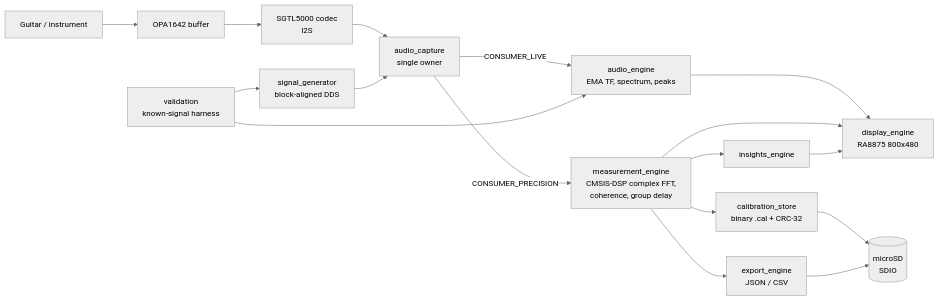
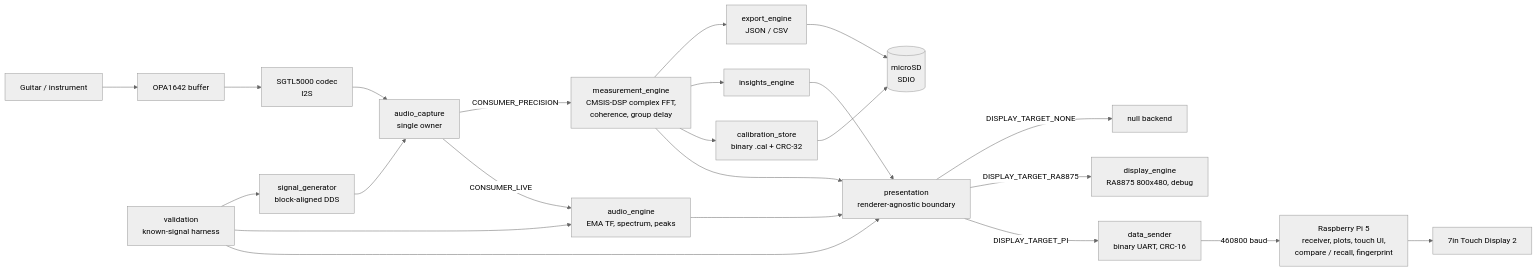
Before and after one commit to conley-vidal-eng-goat/guitar_rig_analyzer: the diagram in README.md, drawn with Mermaid (neutral theme). The commit also changed other lines of this file and 37 other files, not shown here.

````diff
--- a/README.md
+++ b/README.md
@@ -40,19 +50,25 @@
 ```mermaid
 flowchart LR
     Inst[Guitar / instrument] --> Buf[OPA1642 buffer]
     Buf --> Codec[SGTL5000 codec\nI2S]
     Codec --> Cap[audio_capture\nsingle owner]
     Cap -- CONSUMER_LIVE --> Eng[audio_engine\nEMA TF, spectrum, peaks]
     Cap -- CONSUMER_PRECISION --> Meas[measurement_engine\nCMSIS-DSP complex FFT,\ncoherence, group delay]
-    Eng --> Disp[display_engine\nRA8875 800x480]
-    Meas --> Disp
+    Eng --> Pres[presentation\nrenderer-agnostic boundary]
+    Meas --> Pres
     Meas --> Cal[calibration_store\nbinary .cal + CRC-32]
     Meas --> Ins[insights_engine]
-    Ins --> Disp
+    Ins --> Pres
+    Val --> Pres
+    Pres -- DISPLAY_TARGET_PI --> DS[data_sender\nbinary UART, CRC-16]
+    Pres -- DISPLAY_TARGET_RA8875 --> Disp[display_engine\nRA8875 800x480, debug]
+    Pres -- DISPLAY_TARGET_NONE --> Null[null backend]
+    DS -- 460800 baud --> Pi[Raspberry Pi 5\nreceiver, plots, touch UI,\ncompare / recall, fingerprint]
+    Pi --> Panel[7in Touch Display 2]
     Meas --> Exp[export_engine\nJSON / CSV]
     Cal --> SD[(microSD\nSDIO)]
     Exp --> SD
     Gen[signal_generator\nblock-aligned DDS] --> Cap
     Val[validation\nknown-signal harness] --> Eng
     Val --> Gen
 ```
````
